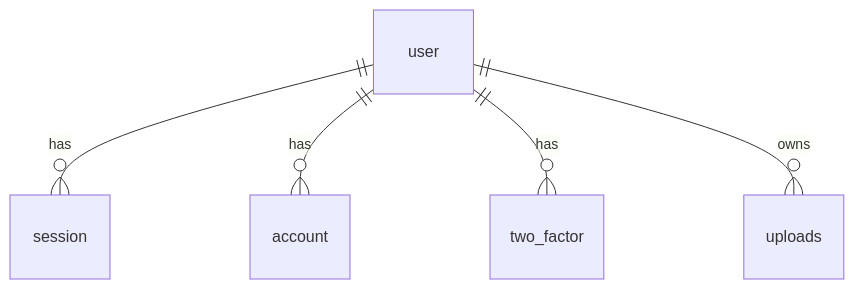
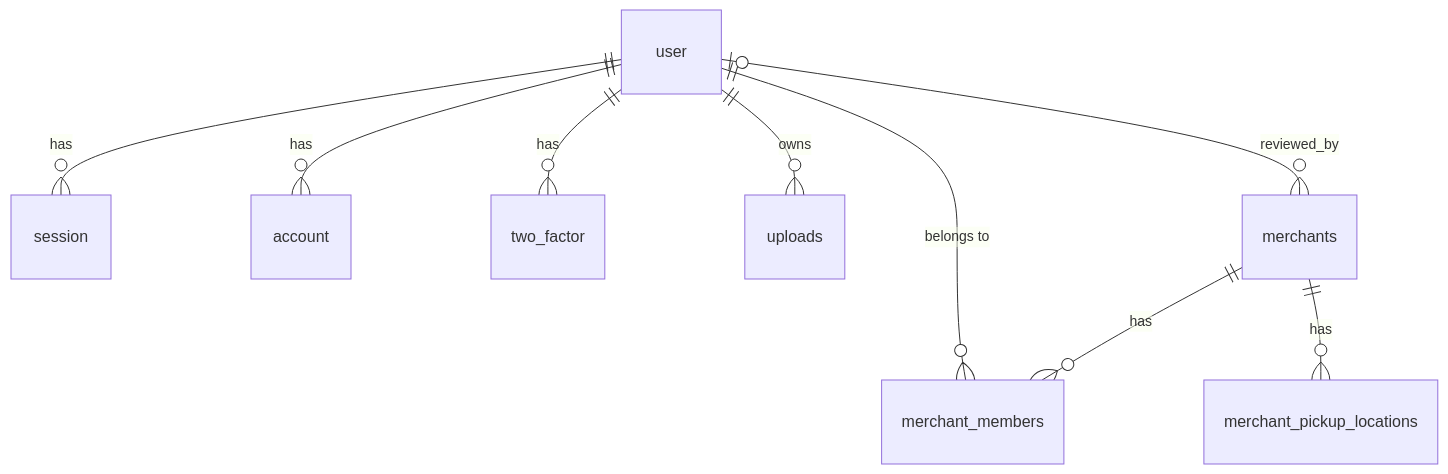
The diagram in docs/database-design.md (harshrraj4937/mvmp), drawn with Mermaid before and after one commit. The commit also changed other lines of this file and 6 other files, not shown here.

````diff
--- a/docs/database-design.md
+++ b/docs/database-design.md
@@ -26,7 +27,11 @@
 ```mermaid
 erDiagram
     user ||--o{ session : has
     user ||--o{ account : has
     user ||--o{ two_factor : has
     user ||--o{ uploads : owns
+    user ||--o{ merchant_members : "belongs to"
+    merchants ||--o{ merchant_members : has
+    merchants ||--o{ merchant_pickup_locations : has
+    user |o--o{ merchants : "reviewed_by"
 ```
````
